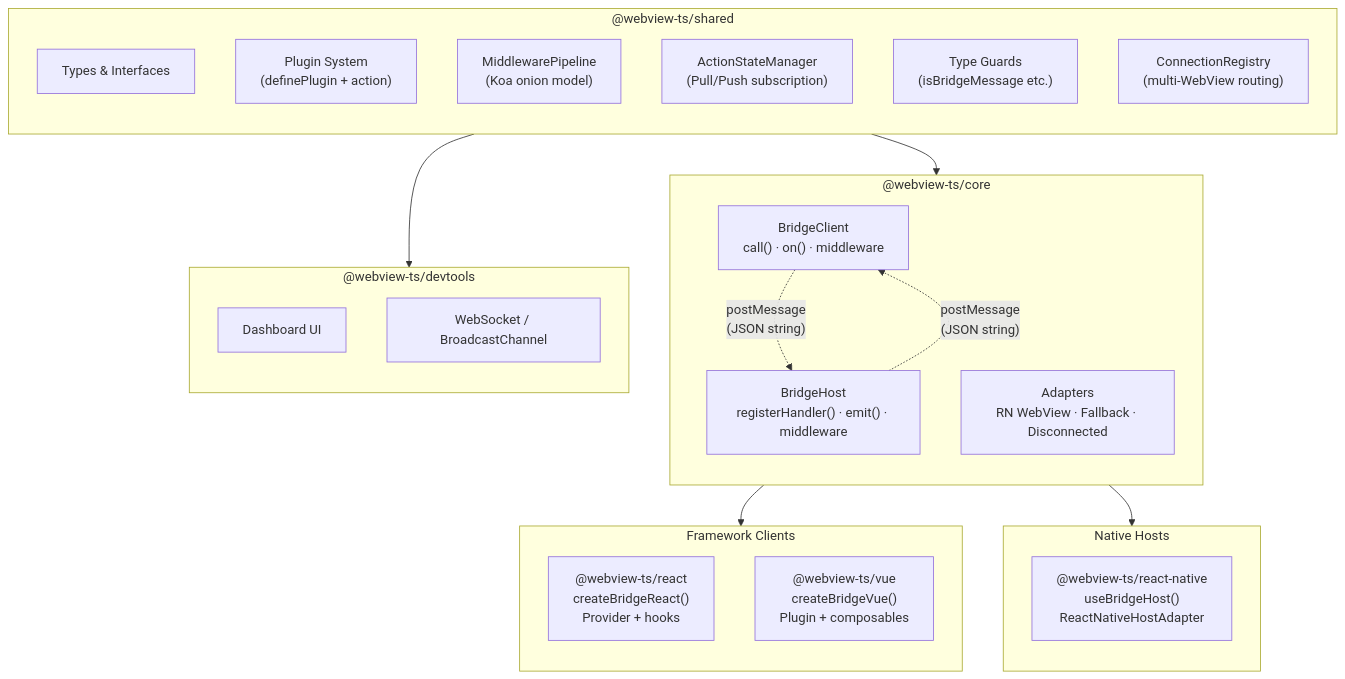
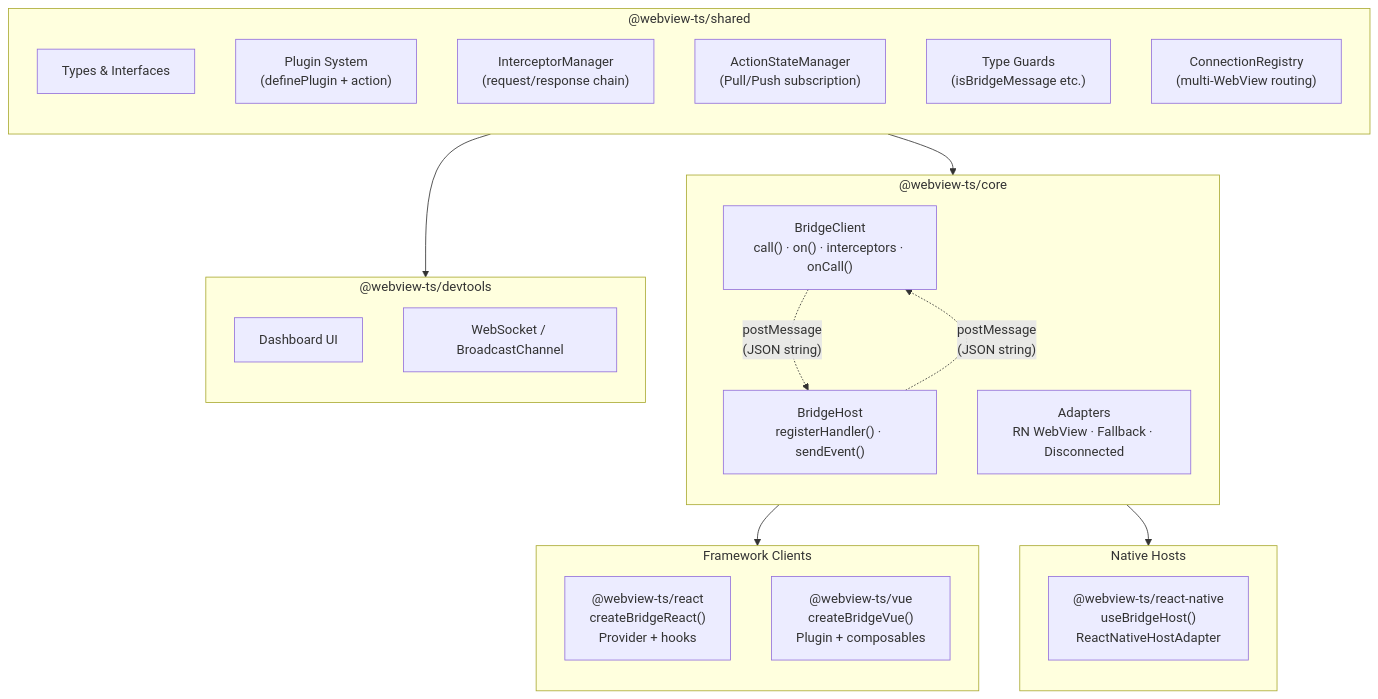
One commit to Kyujenius/webview-ts changed the diagram in README.md. Above: the diagram before and after it, drawn with Mermaid. The commit also changed other lines of this file, not shown here.

Commit message:
docs: rewrite middleware section for interceptor API, add platform support table

````diff
--- a/README.md
+++ b/README.md
@@ -32,44 +39,44 @@
 ```mermaid
 graph TB
     subgraph shared["@webview-ts/shared"]
         direction TB
         S_Types["Types & Interfaces"]
         S_Plugin["Plugin System\n(definePlugin + action)"]
-        S_MW["MiddlewarePipeline\n(Koa onion model)"]
+        S_MW["InterceptorManager\n(request/response chain)"]
         S_State["ActionStateManager\n(Pull/Push subscription)"]
         S_Schema["Type Guards\n(isBridgeMessage etc.)"]
         S_Conn["ConnectionRegistry\n(multi-WebView routing)"]
     end
 
     subgraph core["@webview-ts/core"]
         direction TB
-        C_Client["BridgeClient\ncall() · on() · middleware"]
-        C_Host["BridgeHost\nregisterHandler() · emit() · middleware"]
+        C_Client["BridgeClient\ncall() · on() · interceptors · onCall()"]
+        C_Host["BridgeHost\nregisterHandler() · sendEvent()"]
         C_Adapter["Adapters\nRN WebView · Fallback · Disconnected"]
     end
 
     subgraph clients["Framework Clients"]
         direction TB
         F_React["@webview-ts/react\ncreateBridgeReact()\nProvider + hooks"]
         F_Vue["@webview-ts/vue\ncreateBridgeVue()\nPlugin + composables"]
     end
 
     subgraph hosts["Native Hosts"]
         direction TB
         H_RN["@webview-ts/react-native\nuseBridgeHost()\nReactNativeHostAdapter"]
     end
 
     subgraph devtools["@webview-ts/devtools"]
         direction TB
         D_Dashboard["Dashboard UI"]
         D_Transport["WebSocket / BroadcastChannel"]
     end
 
     shared --> core
     shared --> devtools
     core --> clients
     core --> hosts
 
     C_Client -. "postMessage\n(JSON string)" .-> C_Host
     C_Host -. "postMessage\n(JSON string)" .-> C_Client
 ```
````
